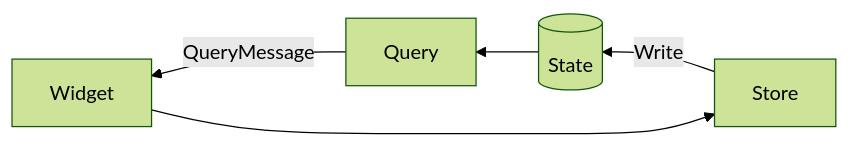
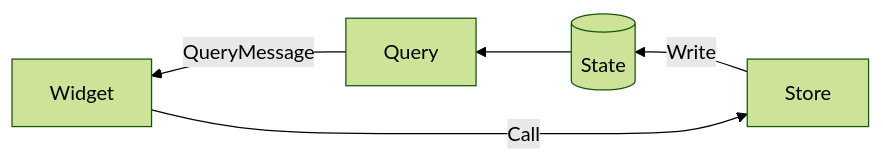
One commit to iced-rs/rfcs changed the second of 2 diagrams in text/0000-shared-widget-state.md. Above: the diagram before and after it, drawn with Mermaid (forest theme). The commit also changed other lines of this file, not shown here.

Commit message:
keyboard events example cleanup

````diff
--- a/text/0000-shared-widget-state.md
+++ b/text/0000-shared-widget-state.md
@@ -50,7 +50,7 @@
 ```mermaid
   graph RL;
     Store--Write-->State[(State)];
     Query--QueryMessage-->Widget
     State-->Query;
-    Widget-->Store;
+    Widget--Call-->Store;
 ```
````
